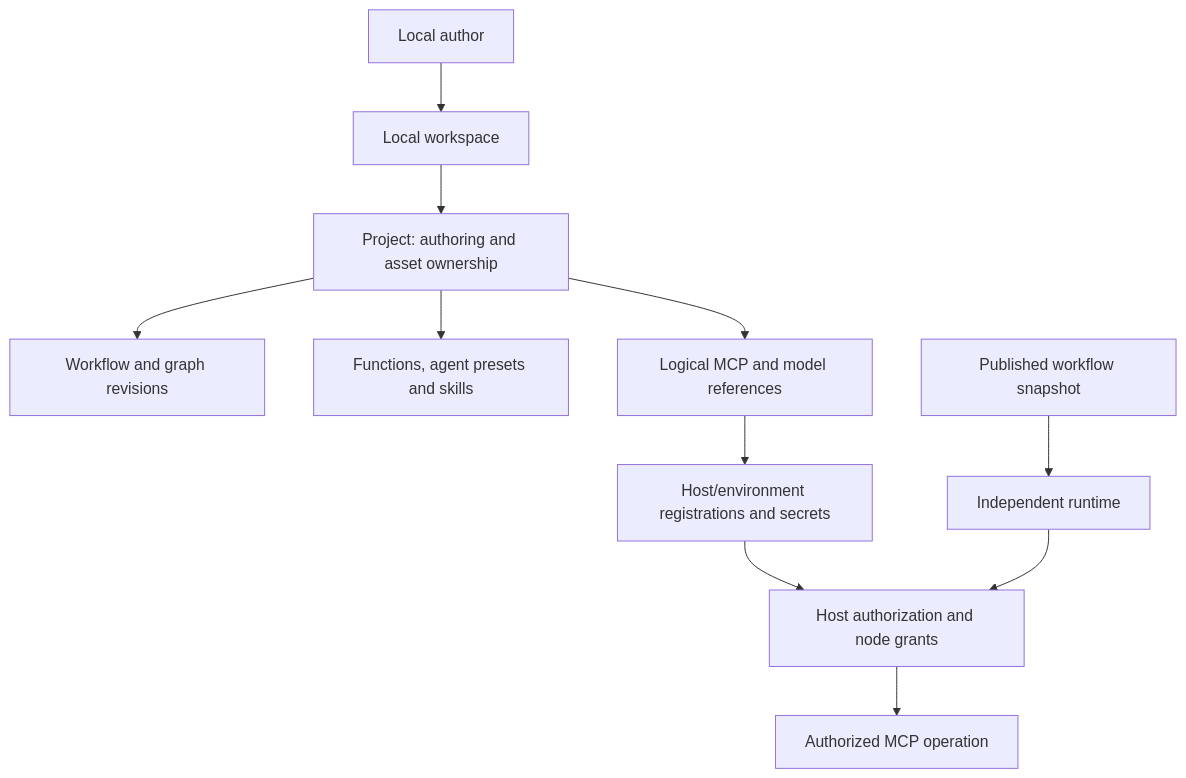
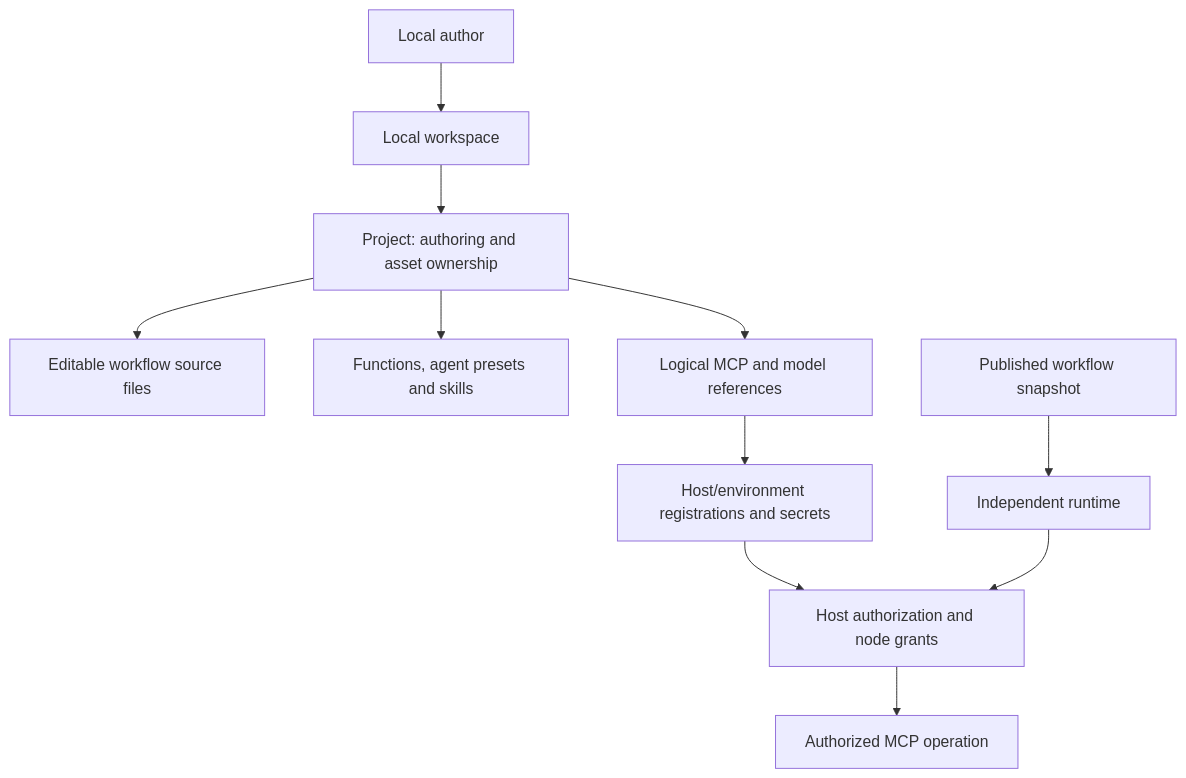
The fourth of 4 diagrams in docs/design.md (gnalvesteffer/visual-agent-workflow), drawn with Mermaid before and after one commit. The commit also changed other lines of this file and 72 other files, not shown here.

First line of the commit message:
Deliver document-oriented workflow IDE and project file editing

````diff
--- a/docs/design.md
+++ b/docs/design.md
@@ -282,13 +286,13 @@
 ```mermaid
 flowchart TB
     Author["Local author"] --> Workspace["Local workspace"]
     Workspace --> Project["Project: authoring and asset ownership"]
-    Project --> Workflows["Workflow and graph revisions"]
+    Project --> Workflows["Editable workflow source files"]
     Project --> Reusable["Functions, agent presets and skills"]
     Project --> References["Logical MCP and model references"]
     References --> Environment["Host/environment registrations and secrets"]
     Workflow["Published workflow snapshot"] --> Runtime["Independent runtime"]
     Environment --> Policy["Host authorization and node grants"]
     Runtime --> Policy
     Policy --> MCP["Authorized MCP operation"]
 ```
````
